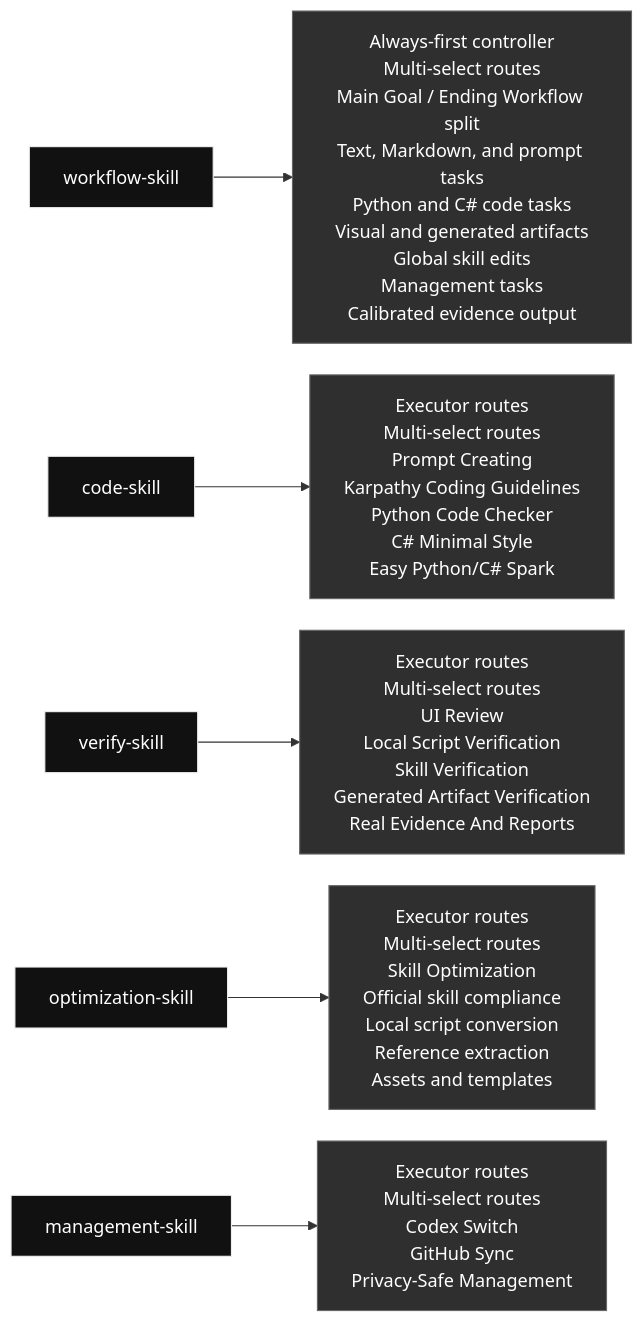
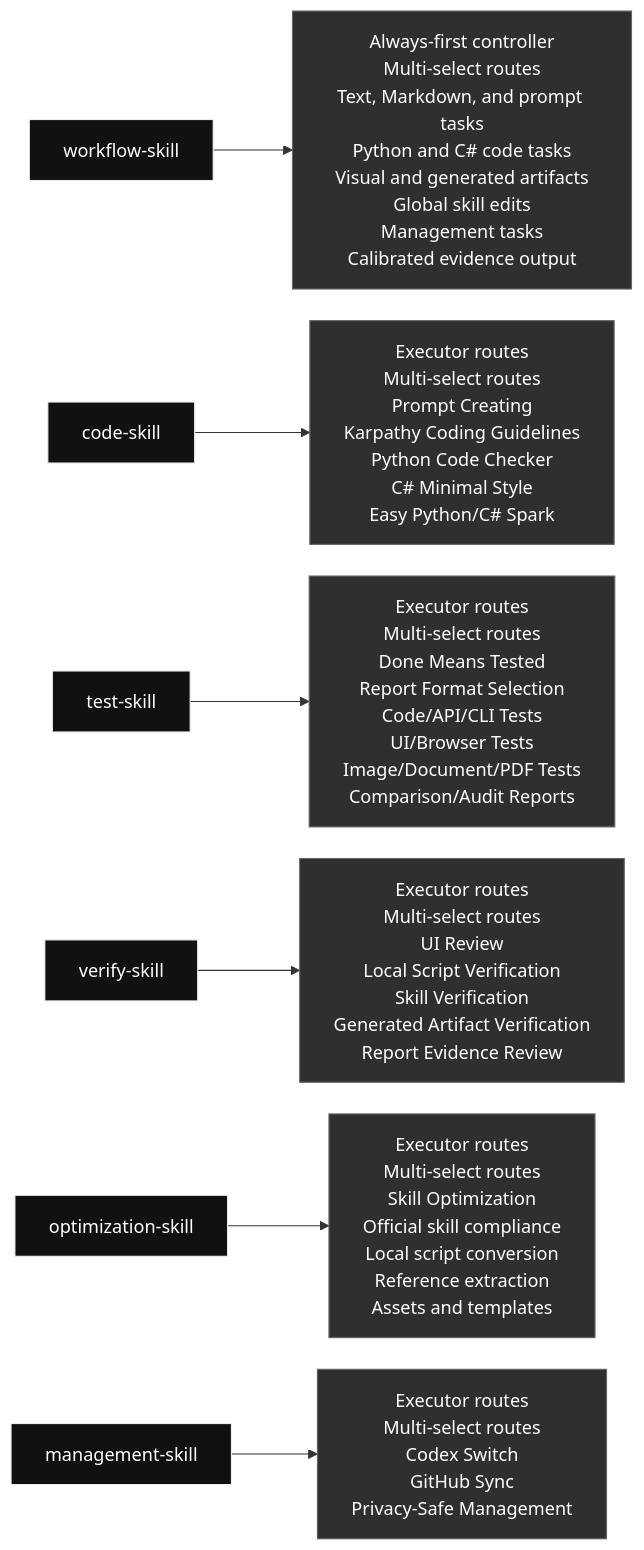
Before and after one commit to qinbatista/qin-codex-skills: the diagram in README.md, drawn with Mermaid. The commit also changed other lines of this file and 30 other files, not shown here.

````diff
--- a/README.md
+++ b/README.md
@@ -7,13 +7,14 @@
 ```mermaid
 %%{init: {"flowchart": {"nodeSpacing": 28, "rankSpacing": 54, "wrappingWidth": 240}}}%%
 flowchart LR
-  skill_workflow_skill["workflow-skill"] --> inside_workflow_skill["Always-first controller<br/>Multi-select routes<br/>Main Goal / Ending Workflow split<br/>Text, Markdown, and prompt tasks<br/>Python and C# code tasks<br/>Visual and generated artifacts<br/>Global skill edits<br/>Management tasks<br/>Calibrated evidence output"]
+  skill_workflow_skill["workflow-skill"] --> inside_workflow_skill["Always-first controller<br/>Multi-select routes<br/>Text, Markdown, and prompt tasks<br/>Python and C# code tasks<br/>Visual and generated artifacts<br/>Global skill edits<br/>Management tasks<br/>Calibrated evidence output"]
   skill_code_skill["code-skill"] --> inside_code_skill["Executor routes<br/>Multi-select routes<br/>Prompt Creating<br/>Karpathy Coding Guidelines<br/>Python Code Checker<br/>C# Minimal Style<br/>Easy Python/C# Spark"]
-  skill_verify_skill["verify-skill"] --> inside_verify_skill["Executor routes<br/>Multi-select routes<br/>UI Review<br/>Local Script Verification<br/>Skill Verification<br/>Generated Artifact Verification<br/>Real Evidence And Reports"]
+  skill_test_skill["test-skill"] --> inside_test_skill["Executor routes<br/>Multi-select routes<br/>Done Means Tested<br/>Report Format Selection<br/>Code/API/CLI Tests<br/>UI/Browser Tests<br/>Image/Document/PDF Tests<br/>Comparison/Audit Reports"]
+  skill_verify_skill["verify-skill"] --> inside_verify_skill["Executor routes<br/>Multi-select routes<br/>UI Review<br/>Local Script Verification<br/>Skill Verification<br/>Generated Artifact Verification<br/>Report Evidence Review"]
   skill_optimization_skill["optimization-skill"] --> inside_optimization_skill["Executor routes<br/>Multi-select routes<br/>Skill Optimization<br/>Official skill compliance<br/>Local script conversion<br/>Reference extraction<br/>Assets and templates"]
   skill_management_skill["management-skill"] --> inside_management_skill["Executor routes<br/>Multi-select routes<br/>Codex Switch<br/>GitHub Sync<br/>Privacy-Safe Management"]
   classDef skill fill:#111,color:#fff,stroke:#eee;
   classDef content fill:#2f2f2f,color:#fff,stroke:#666;
-  class skill_workflow_skill,skill_code_skill,skill_verify_skill,skill_optimization_skill,skill_management_skill skill;
-  class inside_workflow_skill,inside_code_skill,inside_verify_skill,inside_optimization_skill,inside_management_skill content;
+  class skill_workflow_skill,skill_code_skill,skill_test_skill,skill_verify_skill,skill_optimization_skill,skill_management_skill skill;
+  class inside_workflow_skill,inside_code_skill,inside_test_skill,inside_verify_skill,inside_optimization_skill,inside_management_skill content;
 ```
````
